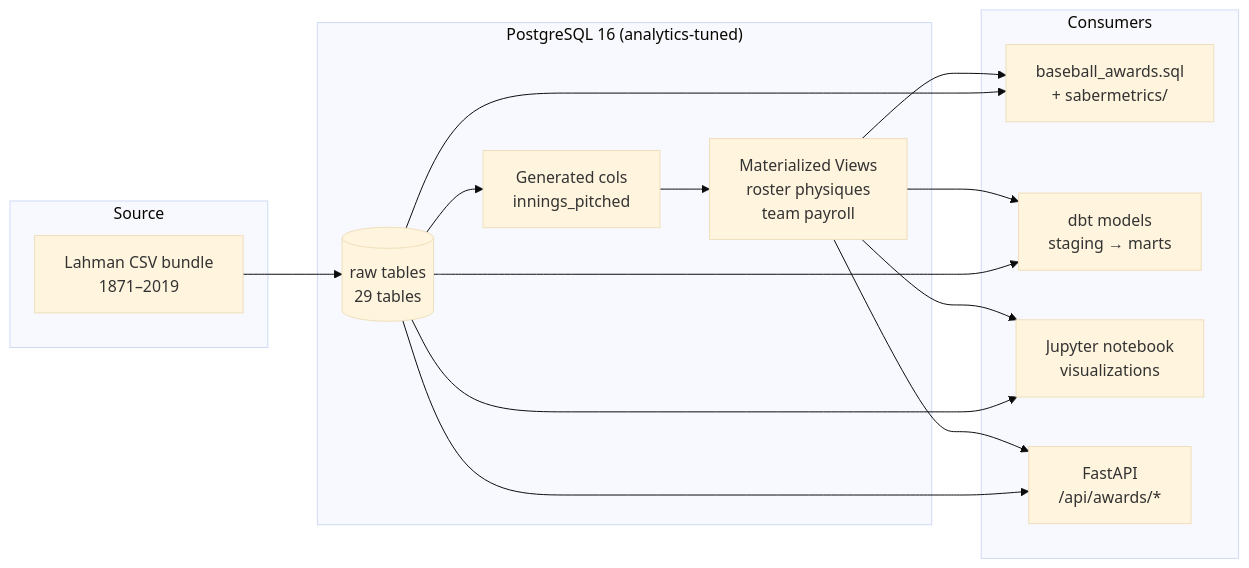
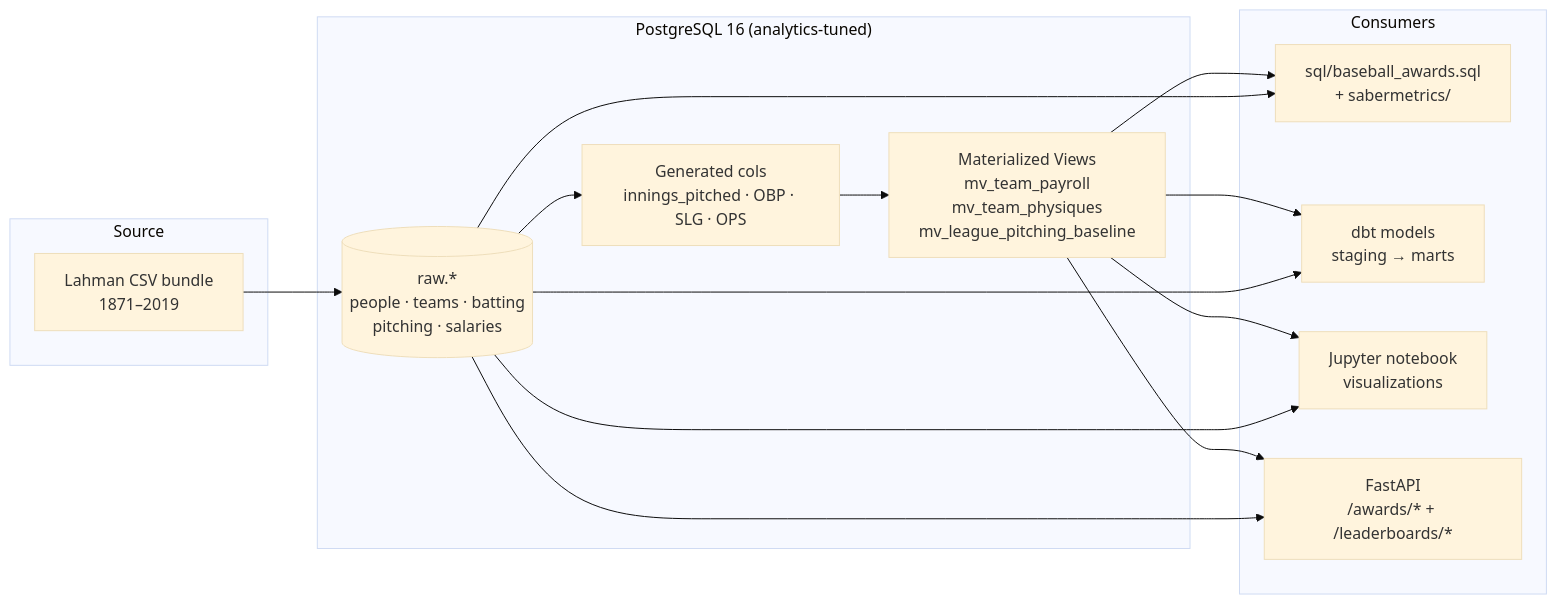
Before and after one commit to Mahnoor-Zaffar/Baseball-Analytics-Database: the first of 2 diagrams in README.md, drawn with Mermaid (base theme). The commit also changed other lines of this file, not shown here.

````diff
--- a/README.md
+++ b/README.md
@@ -32,20 +50,20 @@
 ```mermaid
 flowchart LR
     subgraph Source
       L[Lahman CSV bundle<br/>1871–2019]
     end
     subgraph Postgres["PostgreSQL 16 (analytics-tuned)"]
-      R[(raw tables<br/>29 tables)]
-      M[Materialized Views<br/>roster physiques<br/>team payroll]
-      G[Generated cols<br/>innings_pitched]
+      R[(raw.*<br/>people · teams · batting<br/>pitching · salaries)]
+      G[Generated cols<br/>innings_pitched · OBP · SLG · OPS]
+      M[Materialized Views<br/>mv_team_payroll<br/>mv_team_physiques<br/>mv_league_pitching_baseline]
     end
     subgraph Consumers
-      A[baseball_awards.sql<br/>+ sabermetrics/]
+      A[sql/baseball_awards.sql<br/>+ sabermetrics/]
       D[dbt models<br/>staging → marts]
       N[Jupyter notebook<br/>visualizations]
-      F[FastAPI<br/>/api/awards/*]
+      F[FastAPI<br/>/awards/* + /leaderboards/*]
     end
     L --> R --> G --> M
     M --> A & D & N & F
     R --> A & D & N & F
 ```
````
